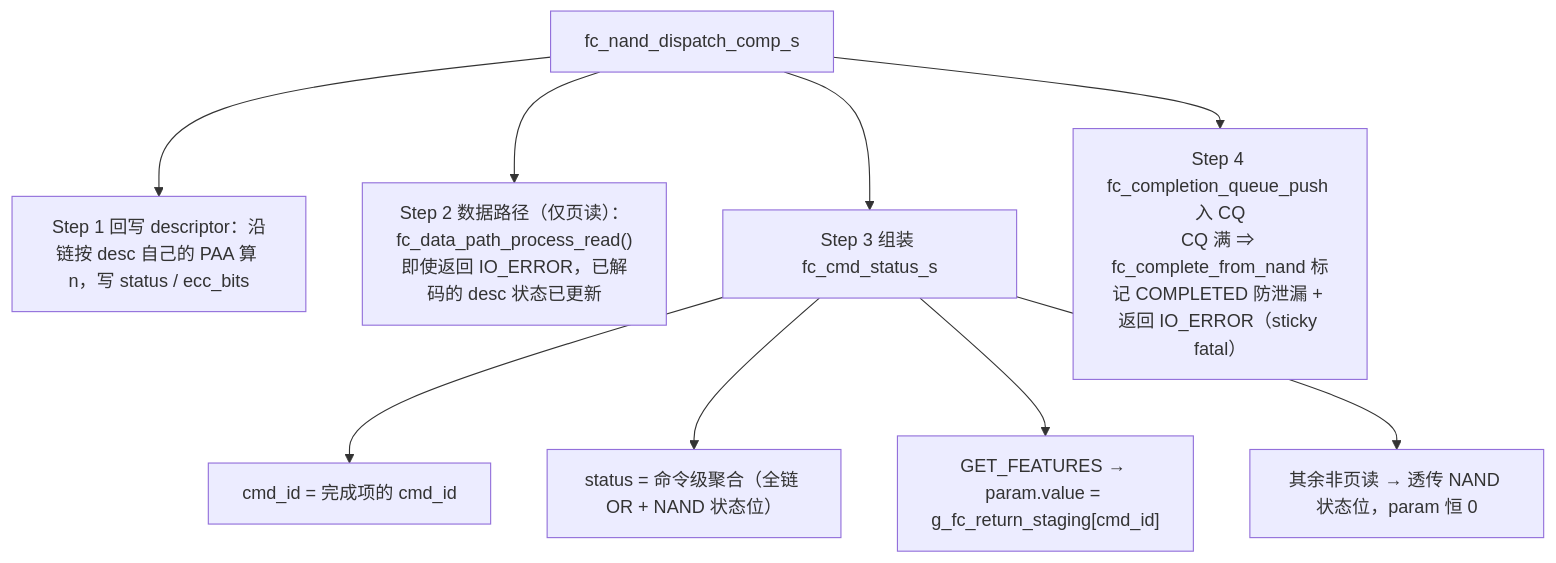
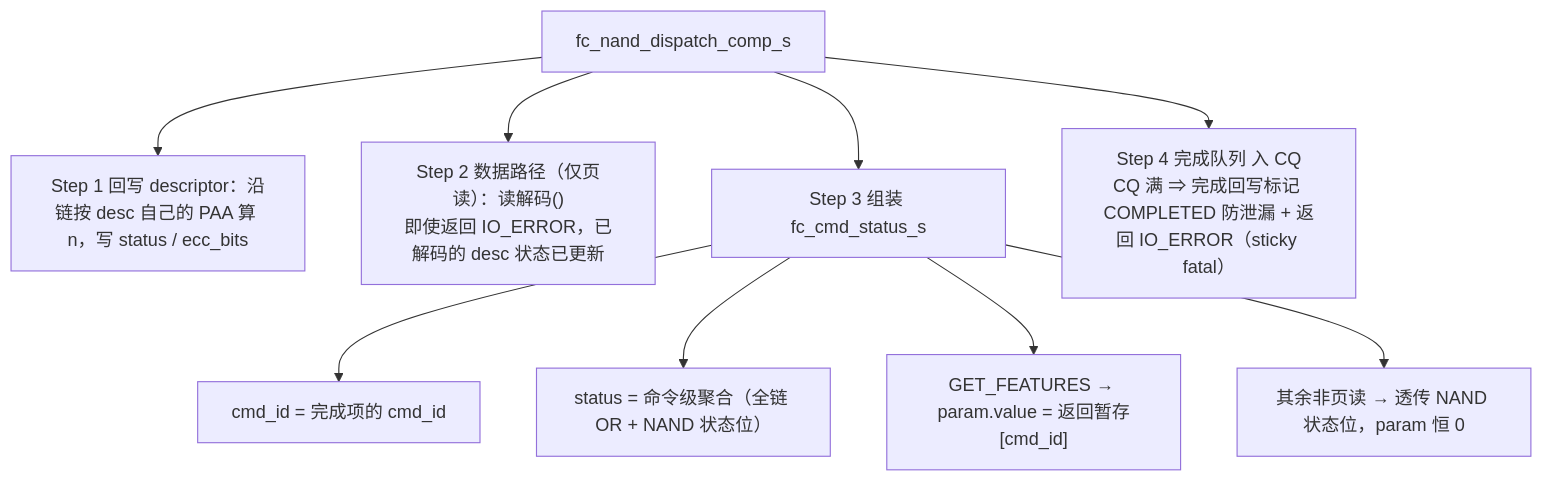
Before and after one commit to YzYMIAO/BASESSD: the eighth of 18 diagrams in docs/design/fc_nand_design.md, drawn with Mermaid. The commit also changed other lines of this file and 49 other files, not shown here.

````diff
--- a/docs/design/fc_nand_design.md
+++ b/docs/design/fc_nand_design.md
@@ -1502,12 +1432,12 @@
 ```mermaid
 flowchart TB
     COMP["fc_nand_dispatch_comp_s"]
     COMP --> S1["Step 1 回写 descriptor：沿链按 desc 自己的 PAA 算 n，写 status / ecc_bits"]
-    COMP --> S2["Step 2 数据路径（仅页读）：fc_data_path_process_read()<br/>即使返回 IO_ERROR，已解码的 desc 状态已更新"]
+    COMP --> S2["Step 2 数据路径（仅页读）：读解码()<br/>即使返回 IO_ERROR，已解码的 desc 状态已更新"]
     COMP --> S3["Step 3 组装 fc_cmd_status_s"]
     S3 --> S3A["cmd_id = 完成项的 cmd_id"]
     S3 --> S3B["status = 命令级聚合（全链 OR + NAND 状态位）"]
-    S3 --> S3C["GET_FEATURES → param.value = g_fc_return_staging[cmd_id]"]
+    S3 --> S3C["GET_FEATURES → param.value = 返回暂存[cmd_id]"]
     S3 --> S3D["其余非页读 → 透传 NAND 状态位，param 恒 0"]
-    COMP --> S4["Step 4 fc_completion_queue_push 入 CQ<br/>CQ 满 ⇒ fc_complete_from_nand 标记 COMPLETED 防泄漏 + 返回 IO_ERROR（sticky fatal）"]
+    COMP --> S4["Step 4 完成队列 入 CQ<br/>CQ 满 ⇒ 完成回写标记 COMPLETED 防泄漏 + 返回 IO_ERROR（sticky fatal）"]
 ```
````
